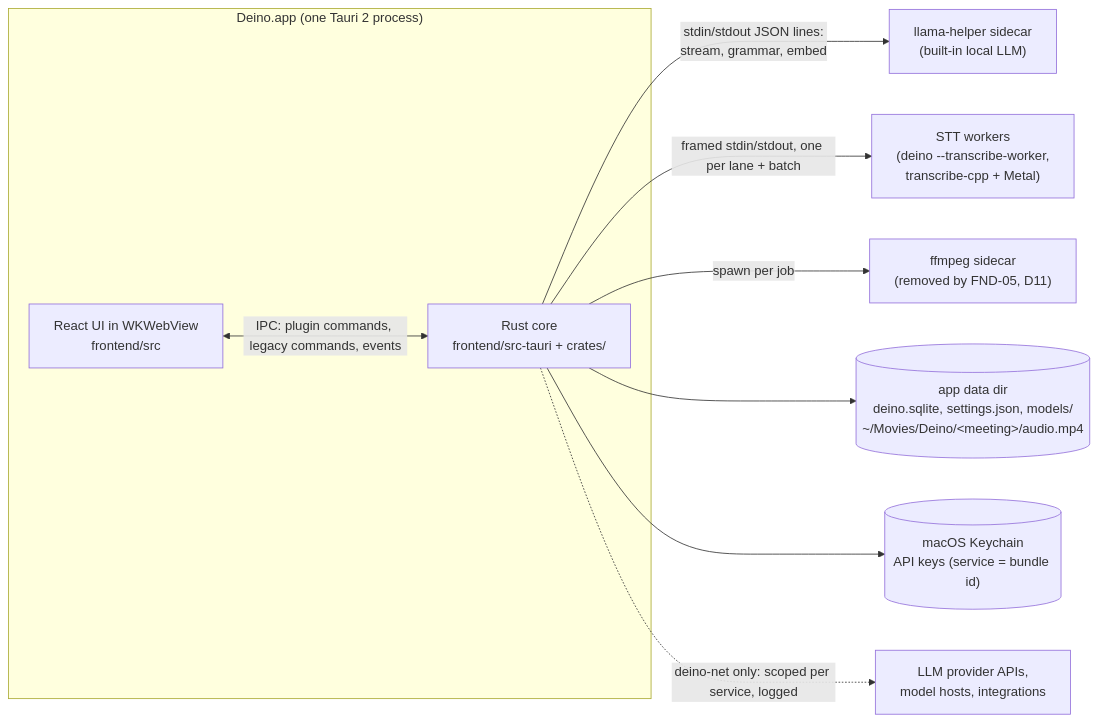
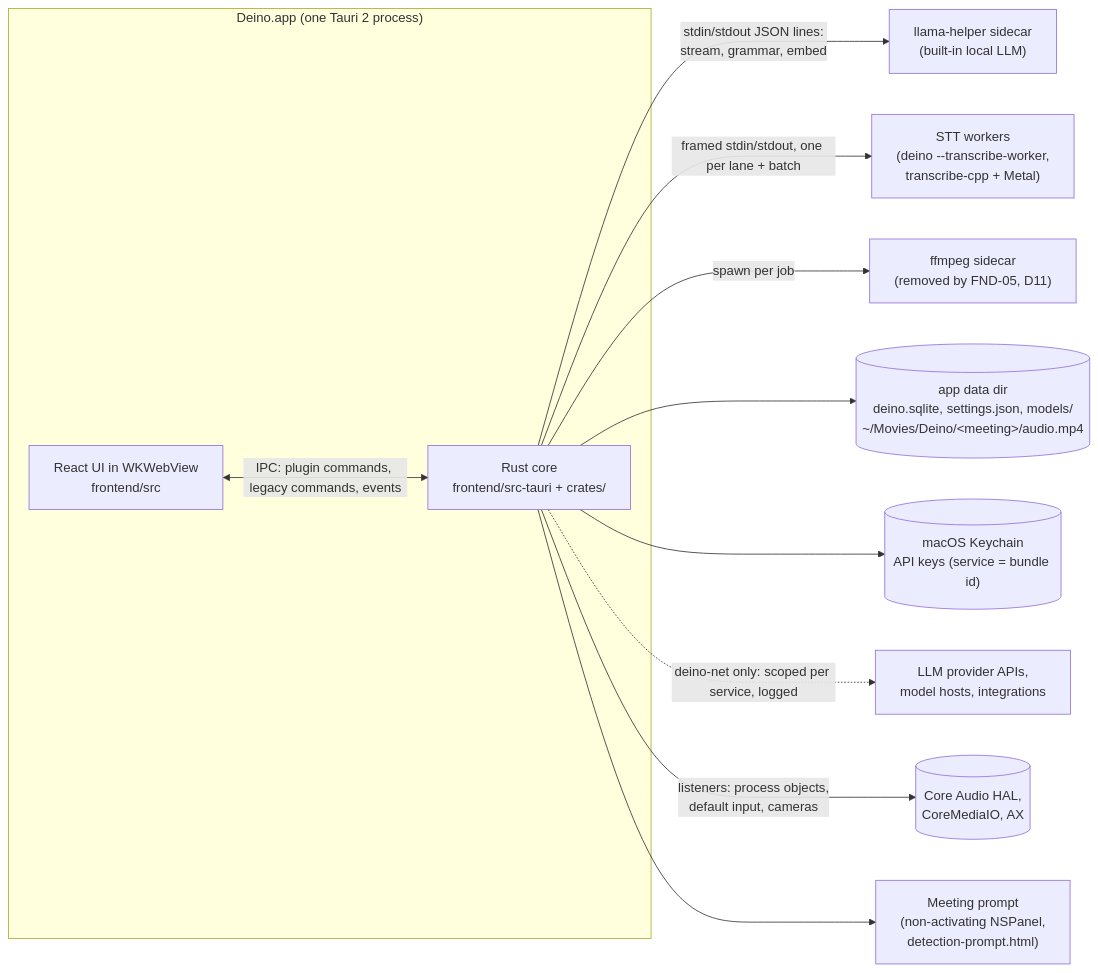
Before and after one commit to xenshreyas/Deino: the first of 8 diagrams in docs/ARCHITECTURE.md, drawn with Mermaid. The commit also changed other lines of this file and 6 other files, not shown here.

Commit message:
docs(detect): CAP-06 ADR 0021, architecture, notices; split the policy transitions

````diff
--- a/docs/ARCHITECTURE.md
+++ b/docs/ARCHITECTURE.md
@@ -22,14 +22,16 @@
 ```mermaid
 flowchart LR
   subgraph App["Deino.app (one Tauri 2 process)"]
     UI["React UI in WKWebView<br/>frontend/src"]
     Core["Rust core<br/>frontend/src-tauri + crates/"]
     UI <-- "IPC: plugin commands, legacy commands, events" --> Core
   end
   Core -- "stdin/stdout JSON lines:<br/>stream, grammar, embed" --> Llama["llama-helper sidecar<br/>(built-in local LLM)"]
   Core -- "framed stdin/stdout, one per lane + batch" --> Workers["STT workers<br/>(deino --transcribe-worker,<br/>transcribe-cpp + Metal)"]
   Core -- "spawn per job" --> FFmpeg["ffmpeg sidecar<br/>(removed by FND-05, D11)"]
   Core --> Files[("app data dir<br/>deino.sqlite, settings.json, models/<br/>~/Movies/Deino/&lt;meeting&gt;/audio.mp4")]
   Core --> Keychain[("macOS Keychain<br/>API keys (service = bundle id)")]
   Core -. "deino-net only: scoped per service, logged" .-> LLM["LLM provider APIs,<br/>model hosts, integrations"]
+  Core -- "listeners: process objects,<br/>default input, cameras" --> HAL[("Core Audio HAL,<br/>CoreMediaIO, AX")]
+  Core --> Prompt["Meeting prompt<br/>(non-activating NSPanel,<br/>detection-prompt.html)"]
 ```
````
